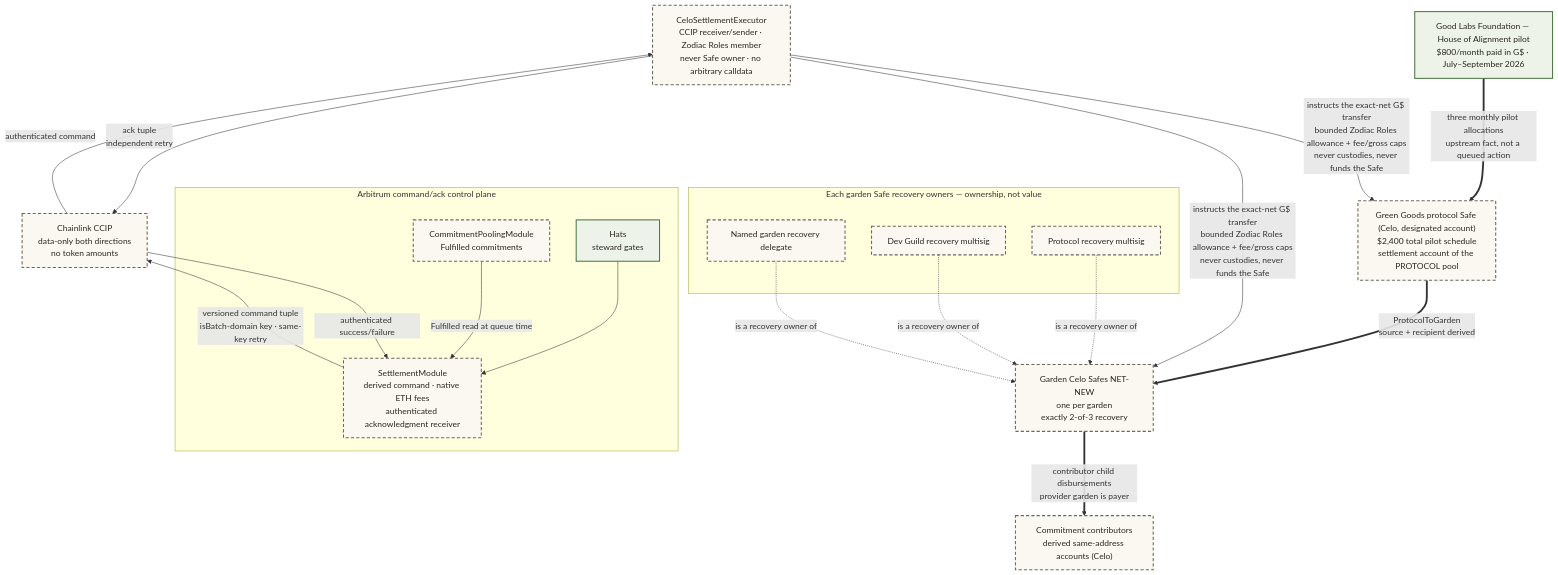
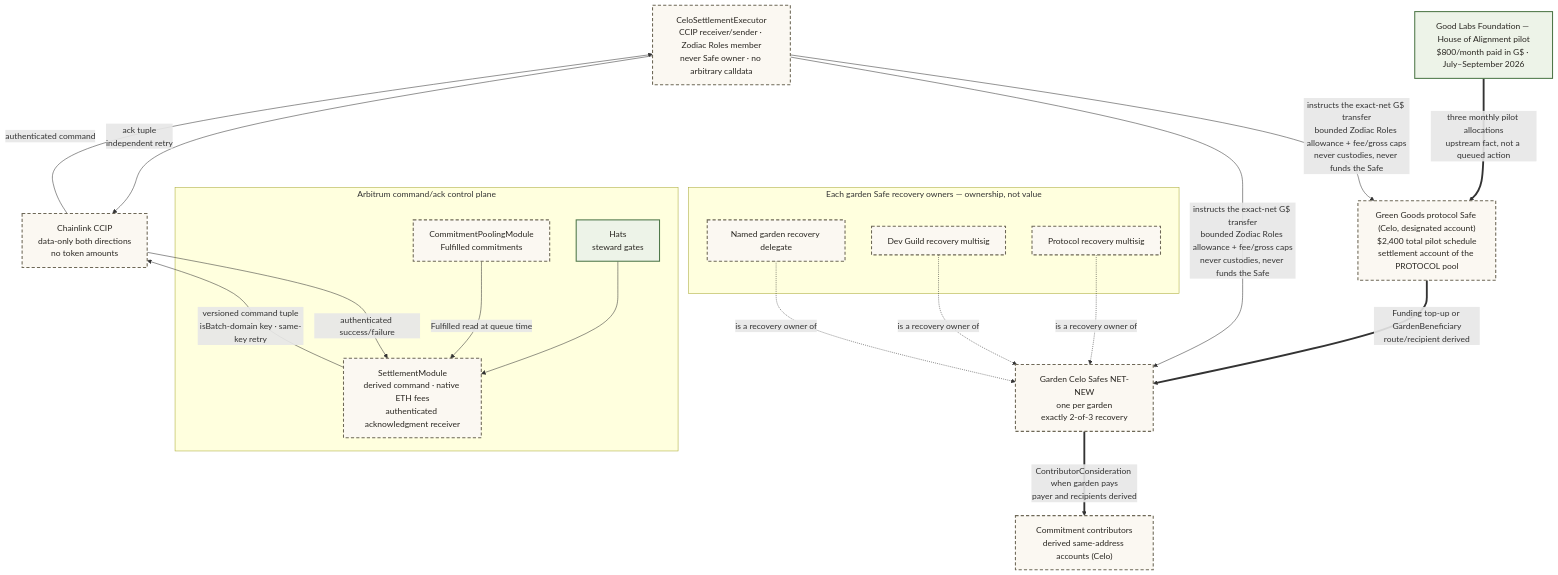
Diagram 27 of 42 in .plans/active/commitment-pooling/diagrams.md (greenpill-dev-guild/green-goods), drawn with Mermaid before and after one commit. The commit also changed other lines of this file and 38 other files, not shown here.

````diff
--- a/.plans/active/commitment-pooling/diagrams.md
+++ b/.plans/active/commitment-pooling/diagrams.md
@@ -1641,43 +1641,43 @@
 ```mermaid
 flowchart TD
   HOA["Good Labs Foundation — House of Alignment pilot<br/>$800/month paid in G$ · July–September 2026"]
   PS["Green Goods protocol Safe (Celo, designated account)<br/>$2,400 total pilot schedule<br/>settlement account of the PROTOCOL pool"]
   GS["Garden Celo Safes NET-NEW<br/>one per garden<br/>exactly 2-of-3 recovery"]
   MEM["Commitment contributors<br/>derived same-address accounts (Celo)"]
 
   subgraph OWN["Each garden Safe recovery owners — ownership, not value"]
     PM["Protocol recovery multisig"]
     DM["Dev Guild recovery multisig"]
     GR["Named garden recovery delegate"]
   end
   CE["CeloSettlementExecutor<br/>CCIP receiver/sender · Zodiac Roles member<br/>never Safe owner · no arbitrary calldata"]
 
   subgraph ARB["Arbitrum command/ack control plane"]
     HATS["Hats<br/>steward gates"]
     CPM["CommitmentPoolingModule<br/>Fulfilled commitments"]
     SM["SettlementModule<br/>derived command · native ETH fees<br/>authenticated acknowledgment receiver"]
   end
   CCIP["Chainlink CCIP<br/>data-only both directions<br/>no token amounts"]
 
   HOA ==>|"three monthly pilot allocations<br/>upstream fact, not a queued action"| PS
-  PS ==>|"ProtocolToGarden<br/>source + recipient derived"| GS
-  GS ==>|"contributor child disbursements<br/>provider garden is payer"| MEM
+  PS ==>|"Funding top-up or GardenBeneficiary<br/>route/recipient derived"| GS
+  GS ==>|"ContributorConsideration when garden pays<br/>payer and recipients derived"| MEM
   CE -->|"instructs the exact-net G$ transfer<br/>bounded Zodiac Roles allowance + fee/gross caps<br/>never custodies, never funds the Safe"| PS
   CE -->|"instructs the exact-net G$ transfer<br/>bounded Zodiac Roles allowance + fee/gross caps<br/>never custodies, never funds the Safe"| GS
 
   HATS --> SM
   CPM -->|"Fulfilled read at queue time"| SM
   SM -->|"versioned command tuple<br/>isBatch-domain key · same-key retry"| CCIP
   CCIP -->|"authenticated command"| CE
   CE -->|"ack tuple<br/>independent retry"| CCIP
   CCIP -->|"authenticated success/failure"| SM
 
   PM -.->|"is a recovery owner of"| GS
   DM -.->|"is a recovery owner of"| GS
   GR -.->|"is a recovery owner of"| GS
 
   classDef built fill:#edf3e8,stroke:#50784a,stroke-width:2px,color:#2a2722
   classDef planned fill:#fbf8f2,stroke:#6e6857,stroke-width:2px,stroke-dasharray:6 4,color:#2a2722
   class HOA,HATS built
   class PS,GS,MEM,CE,CPM,SM,CCIP,PM,DM,GR planned
 ```
````
